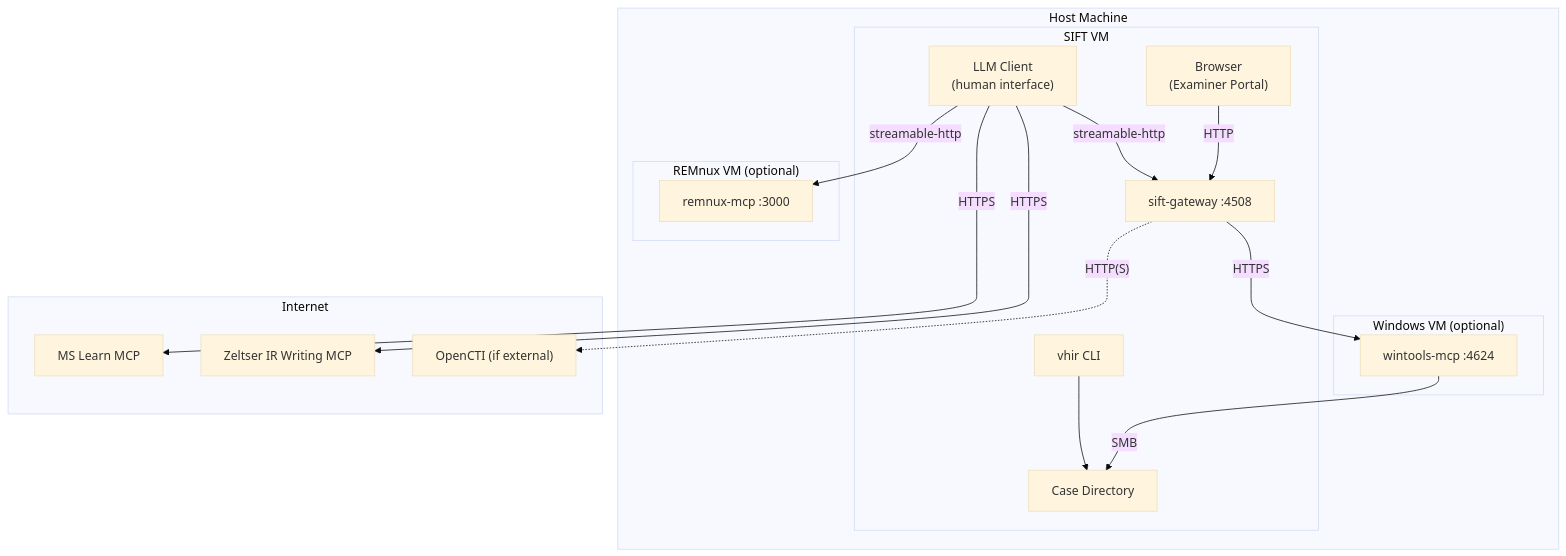
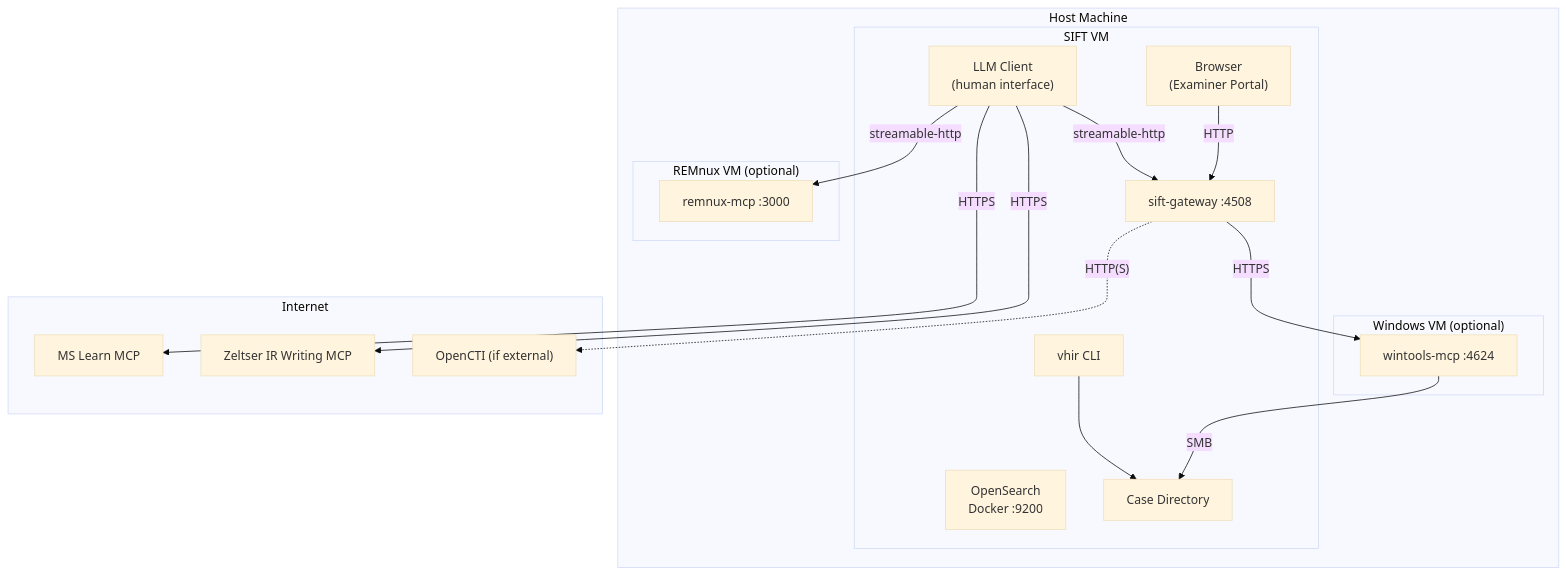
Before and after one commit to AppliedIR/Valhuntir: the third of 6 diagrams in README.md, drawn with Mermaid (base theme). The commit also changed other lines of this file and 3 other files, not shown here.

````diff
--- a/README.md
+++ b/README.md
@@ -137,38 +137,39 @@
 ```mermaid
 graph TB
     subgraph host ["Host Machine"]
         subgraph sift ["SIFT VM"]
             CC["LLM Client<br/>(human interface)"]
             BR["Browser<br/>(Examiner Portal)"]
             CLI["vhir CLI"]
             GW["sift-gateway :4508"]
+            OSD["OpenSearch<br/>Docker :9200"]
             CASE["Case Directory"]
 
             CC -->|"streamable-http"| GW
             BR -->|"HTTP"| GW
             CLI --> CASE
         end
 
         subgraph remnux ["REMnux VM (optional)"]
             RAPI["remnux-mcp :3000"]
         end
 
         subgraph winbox ["Windows VM (optional)"]
             WAPI["wintools-mcp :4624"]
         end
 
         CC -->|"streamable-http"| RAPI
         GW -->|"HTTPS"| WAPI
         WAPI -->|"SMB"| CASE
     end
 
     subgraph internet ["Internet"]
         ML["MS Learn MCP"]
         ZE["Zeltser IR Writing MCP"]
         OCTI["OpenCTI (if external)"]
     end
 
     CC -->|"HTTPS"| ML
     CC -->|"HTTPS"| ZE
     GW -.->|"HTTP(S)"| OCTI
 ```
````
